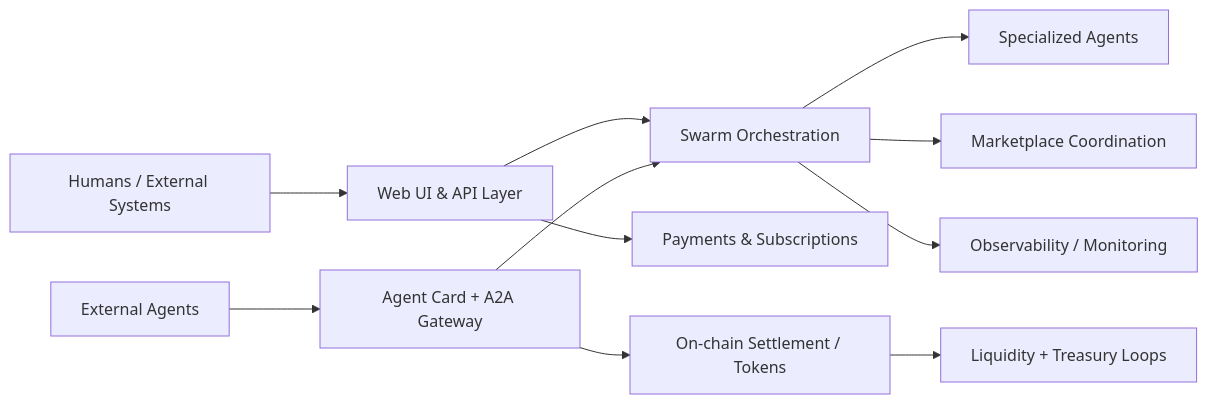
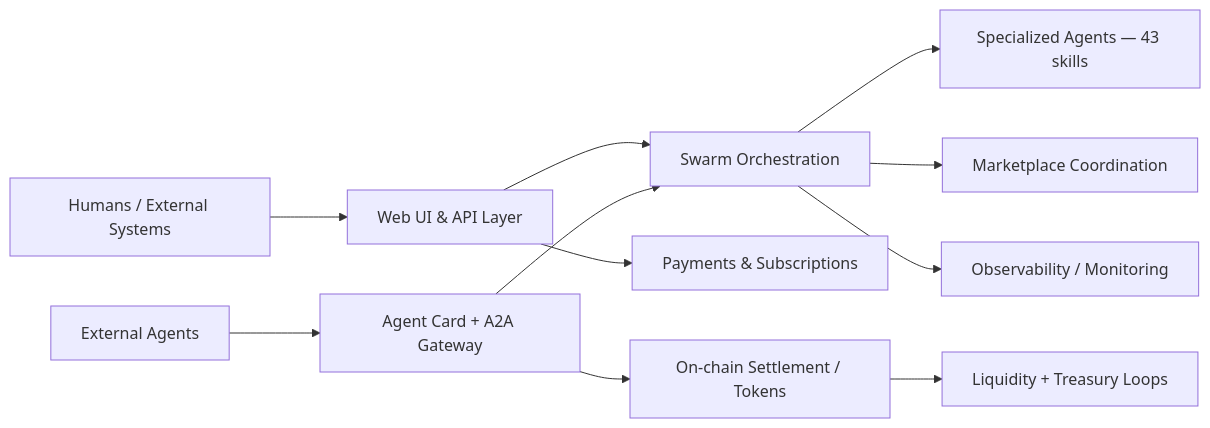
The diagram in README.md (OrderofChaos33/SINCOR2), drawn with Mermaid before and after one commit. The commit also changed other lines of this file, not shown here.

````diff
--- a/README.md
+++ b/README.md
@@ -75,13 +31,13 @@
 ```mermaid
 flowchart LR
     U[Humans / External Systems] --> W[Web UI & API Layer]
     A[External Agents] --> C[Agent Card + A2A Gateway]
     W --> O[Swarm Orchestration]
     C --> O
-    O --> S[Specialized Agents]
+    O --> S[Specialized Agents — 43 skills]
     O --> M[Marketplace Coordination]
     W --> P[Payments & Subscriptions]
     C --> D[On-chain Settlement / Tokens]
     D --> L[Liquidity + Treasury Loops]
     O --> R[Observability / Monitoring]
 ```
````
